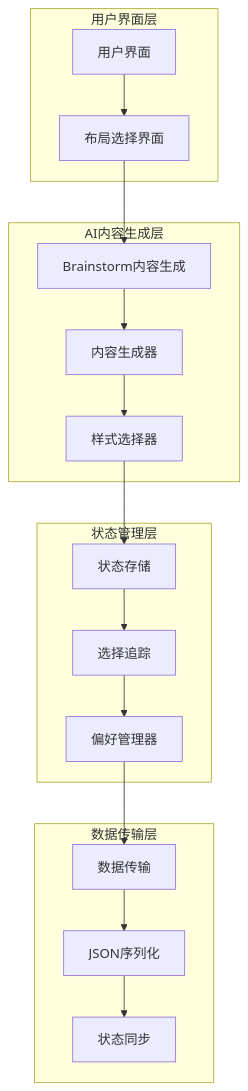
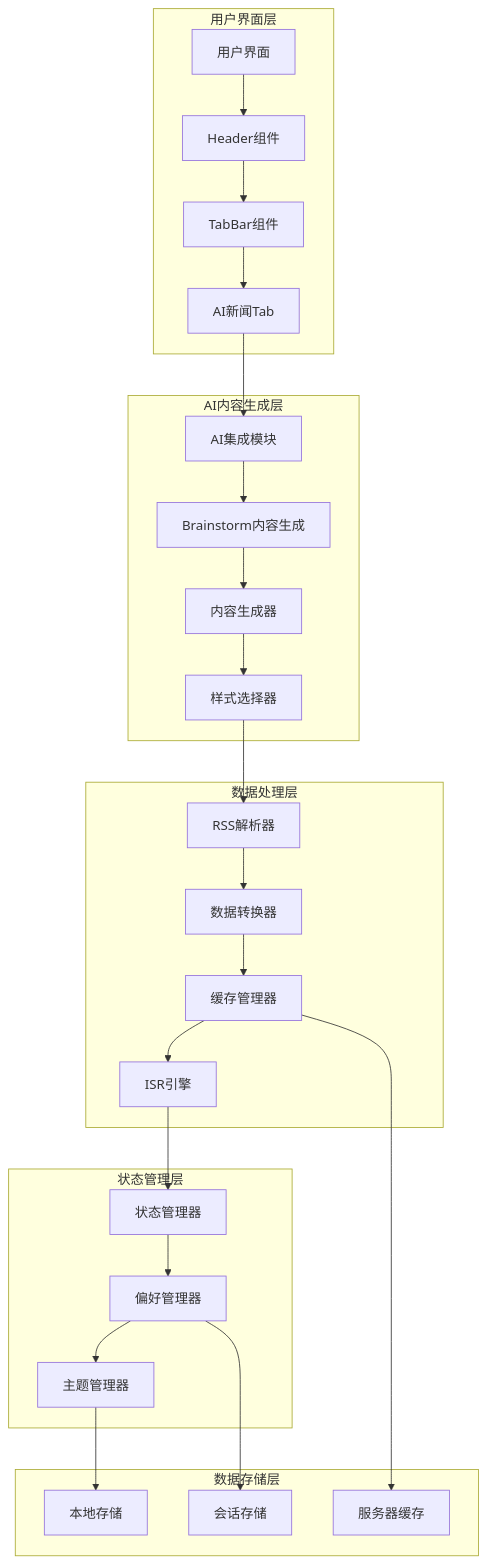
Before and after one commit to huanglixinccc/next-demo-collection: the second of 10 diagrams in .qoder/repowiki/zh/content/Superpowers AI集成.md, drawn with Mermaid. The commit also changed other lines of this file and 10 other files, not shown here.

````diff
--- a/.qoder/repowiki/zh/content/Superpowers AI集成.md
+++ b/.qoder/repowiki/zh/content/Superpowers AI集成.md
@@ -74,32 +112,48 @@
 ```mermaid
 graph TB
 subgraph "用户界面层"
 UI[用户界面]
-LayoutOptions[布局选择界面]
+Header[Header组件]
+TabBar[TabBar组件]
+AINews[AI新闻Tab]
 end
 subgraph "AI内容生成层"
 Brainstorm[Brainstorm内容生成]
 ContentGenerator[内容生成器]
 StyleSelector[样式选择器]
+AIIntegration[AI集成模块]
+end
+subgraph "数据处理层"
+RSSParser[RSS解析器]
+DataTransformer[数据转换器]
+CacheManager[缓存管理器]
+ISREngine[ISR引擎]
 end
 subgraph "状态管理层"
-StateStorage[状态存储]
-ChoiceTracker[选择追踪]
+StateManager[状态管理器]
 PreferenceManager[偏好管理器]
+ThemeManager[主题管理器]
 end
-subgraph "数据传输层"
-DataTransport[数据传输]
-JSONSerializer[JSON序列化]
-StateSync[状态同步]
+subgraph "数据存储层"
+LocalStorage[本地存储]
+SessionStorage[会话存储]
+ServerCache[服务器缓存]
 end
-UI --> LayoutOptions
-LayoutOptions --> Brainstorm
+UI --> Header
+Header --> TabBar
+TabBar --> AINews
+AINews --> AIIntegration
+AIIntegration --> Brainstorm
 Brainstorm --> ContentGenerator
 ContentGenerator --> StyleSelector
-StyleSelector --> StateStorage
-StateStorage --> ChoiceTracker
-ChoiceTracker --> PreferenceManager
-PreferenceManager --> DataTransport
-DataTransport --> JSONSerializer
-JSONSerializer --> StateSync
+StyleSelector --> RSSParser
+RSSParser --> DataTransformer
+DataTransformer --> CacheManager
+CacheManager --> ISREngine
+ISREngine --> StateManager
+StateManager --> PreferenceManager
+PreferenceManager --> ThemeManager
+ThemeManager --> LocalStorage
+PreferenceManager --> SessionStorage
+CacheManager --> ServerCache
 ```
````
